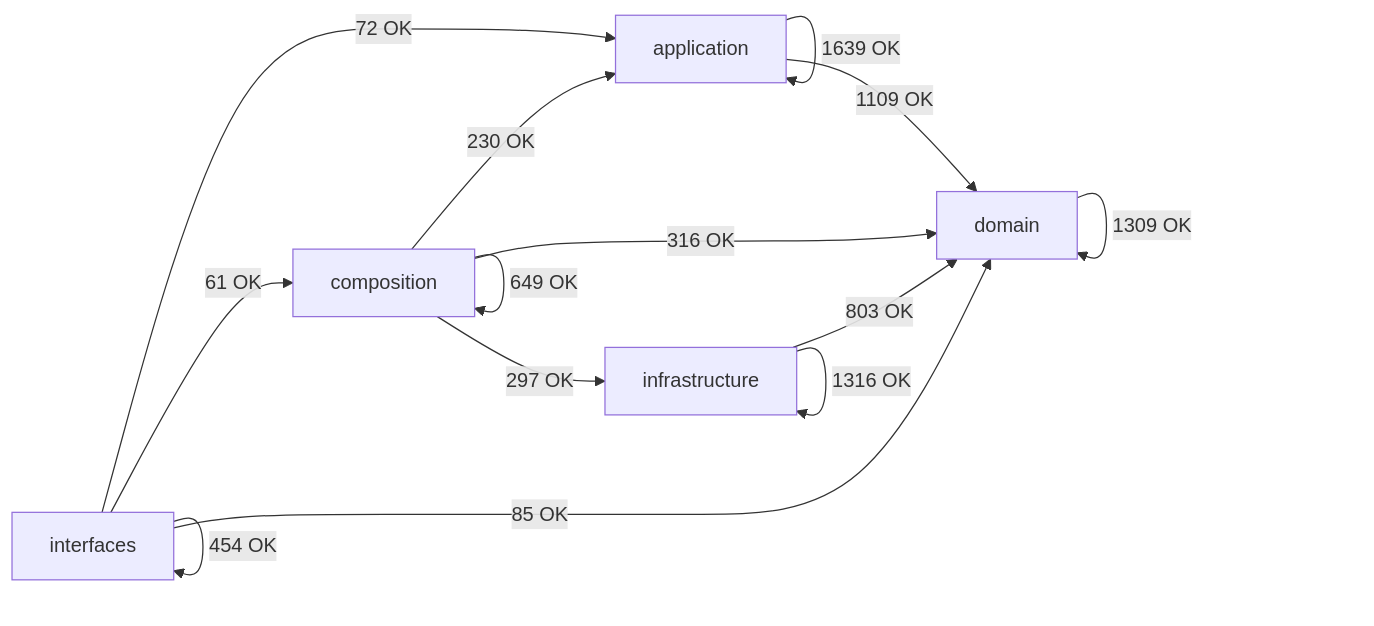
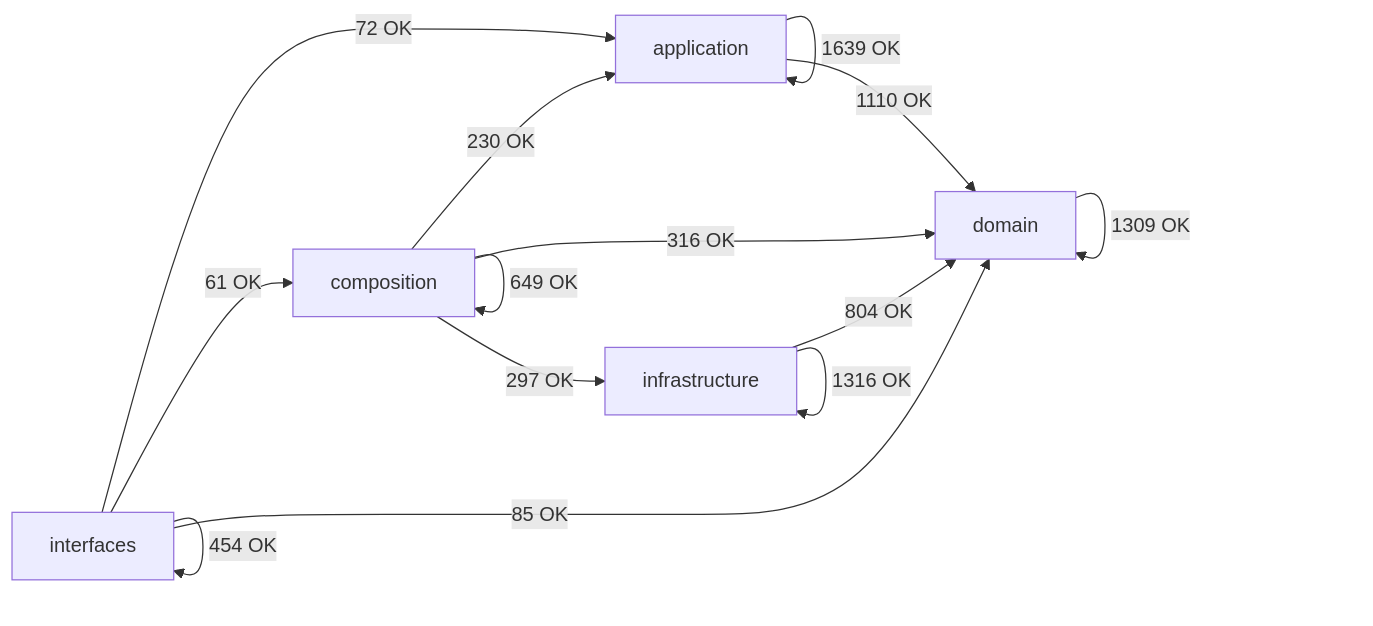
Before and after one commit to SatoryKono/BioactivityDataAcquisition: the diagram in docs/02-architecture/generated/module-dependency-map.md, drawn with Mermaid. The commit also changed other lines of this file and 20 other files, not shown here.

````diff
--- a/docs/02-architecture/generated/module-dependency-map.md
+++ b/docs/02-architecture/generated/module-dependency-map.md
@@ -17,21 +17,21 @@
 ```mermaid
 flowchart LR
     domain[domain]
     application[application]
     infrastructure[infrastructure]
     composition[composition]
     interfaces[interfaces]
     application -->|1639 OK| application
-    application -->|1109 OK| domain
+    application -->|1110 OK| domain
     composition -->|230 OK| application
     composition -->|649 OK| composition
     composition -->|316 OK| domain
     composition -->|297 OK| infrastructure
     domain -->|1309 OK| domain
-    infrastructure -->|803 OK| domain
+    infrastructure -->|804 OK| domain
     infrastructure -->|1316 OK| infrastructure
     interfaces -->|72 OK| application
     interfaces -->|61 OK| composition
     interfaces -->|85 OK| domain
     interfaces -->|454 OK| interfaces
 ```
````
